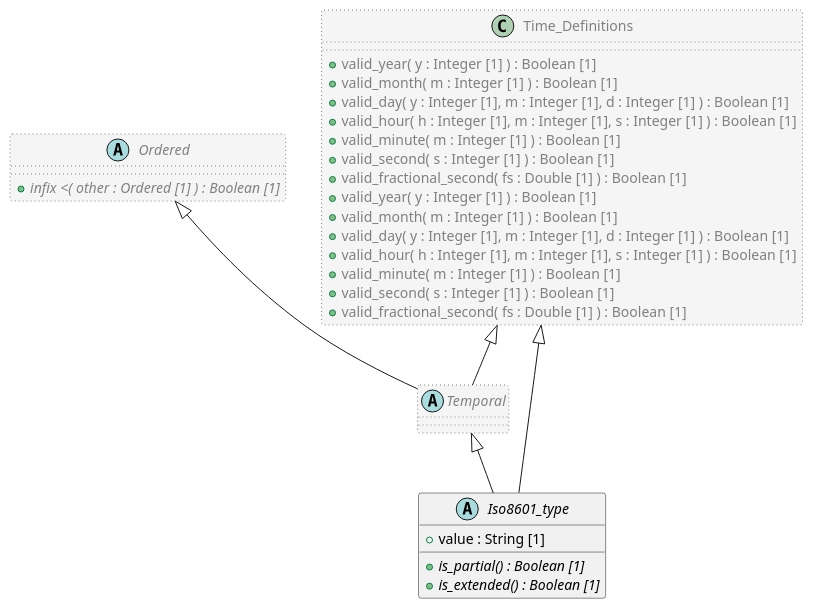
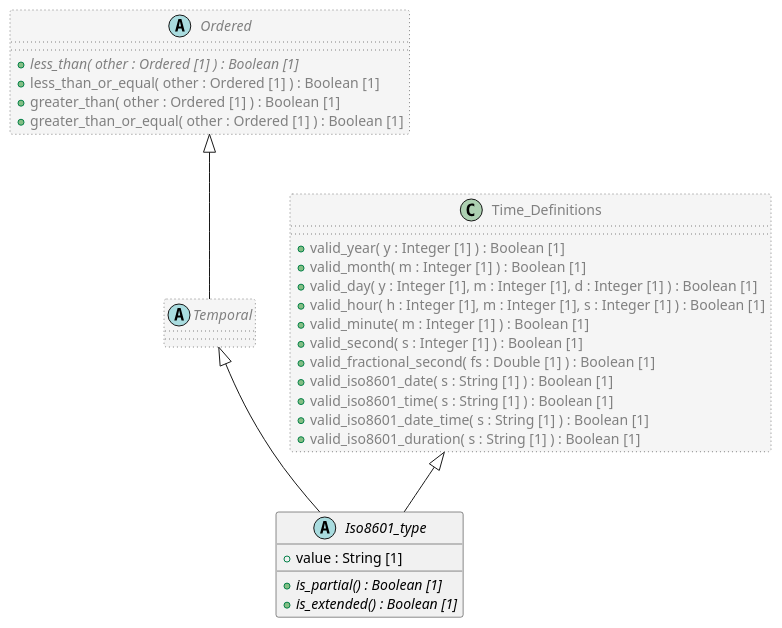
One commit to sebastian-iancu/code-generator changed the diagram in code/Adoc/openehr_base_1.2.0/plantUML/classes/org.openehr.base.foundation_types.iso8601_type.adoc. Above: the diagram before and after it, drawn with PlantUML. The commit also changed 719 other files, not shown here.

```diff
--- a/code/Adoc/openehr_base_1.2.0/plantUML/classes/org.openehr.base.foundation_types.iso8601_type.adoc
+++ b/code/Adoc/openehr_base_1.2.0/plantUML/classes/org.openehr.base.foundation_types.iso8601_type.adoc
@@ -1,48 +1,43 @@
 [plantuml,Iso8601_type,format=svg,svg-type="inline"]
 -----
 @startuml
 
 abstract class Iso8601_type {
   + value : String [1]
   + {abstract} is_partial() : Boolean [1]
   + {abstract} is_extended() : Boolean [1]
 }
 
 abstract class Temporal  #whitesmoke;line:gray;line.dotted;text:gray {
 }
 
 abstract class Ordered  #whitesmoke;line:gray;line.dotted;text:gray {
-  + {abstract} infix <( other : Ordered [1] ) : Boolean [1]
+  + {abstract} less_than( other : Ordered [1] ) : Boolean [1]
+  + less_than_or_equal( other : Ordered [1] ) : Boolean [1]
+  + greater_than( other : Ordered [1] ) : Boolean [1]
+  + greater_than_or_equal( other : Ordered [1] ) : Boolean [1]
 }
 
 Ordered <|-- Temporal
-
-class Time_Definitions  #whitesmoke;line:gray;line.dotted;text:gray {
-  + valid_year( y : Integer [1] ) : Boolean [1]
-  + valid_month( m : Integer [1] ) : Boolean [1]
-  + valid_day( y : Integer [1], m : Integer [1], d : Integer [1] ) : Boolean [1]
-  + valid_hour( h : Integer [1], m : Integer [1], s : Integer [1] ) : Boolean [1]
-  + valid_minute( m : Integer [1] ) : Boolean [1]
-  + valid_second( s : Integer [1] ) : Boolean [1]
-  + valid_fractional_second( fs : Double [1] ) : Boolean [1]
-}
-
-Time_Definitions <|-- Temporal
 
 Temporal <|-- Iso8601_type
 
 class Time_Definitions  #whitesmoke;line:gray;line.dotted;text:gray {
   + valid_year( y : Integer [1] ) : Boolean [1]
   + valid_month( m : Integer [1] ) : Boolean [1]
   + valid_day( y : Integer [1], m : Integer [1], d : Integer [1] ) : Boolean [1]
   + valid_hour( h : Integer [1], m : Integer [1], s : Integer [1] ) : Boolean [1]
   + valid_minute( m : Integer [1] ) : Boolean [1]
   + valid_second( s : Integer [1] ) : Boolean [1]
   + valid_fractional_second( fs : Double [1] ) : Boolean [1]
+  + valid_iso8601_date( s : String [1] ) : Boolean [1]
+  + valid_iso8601_time( s : String [1] ) : Boolean [1]
+  + valid_iso8601_date_time( s : String [1] ) : Boolean [1]
+  + valid_iso8601_duration( s : String [1] ) : Boolean [1]
 }
 
 Time_Definitions <|-- Iso8601_type
 
 
 @enduml
 -----
```
